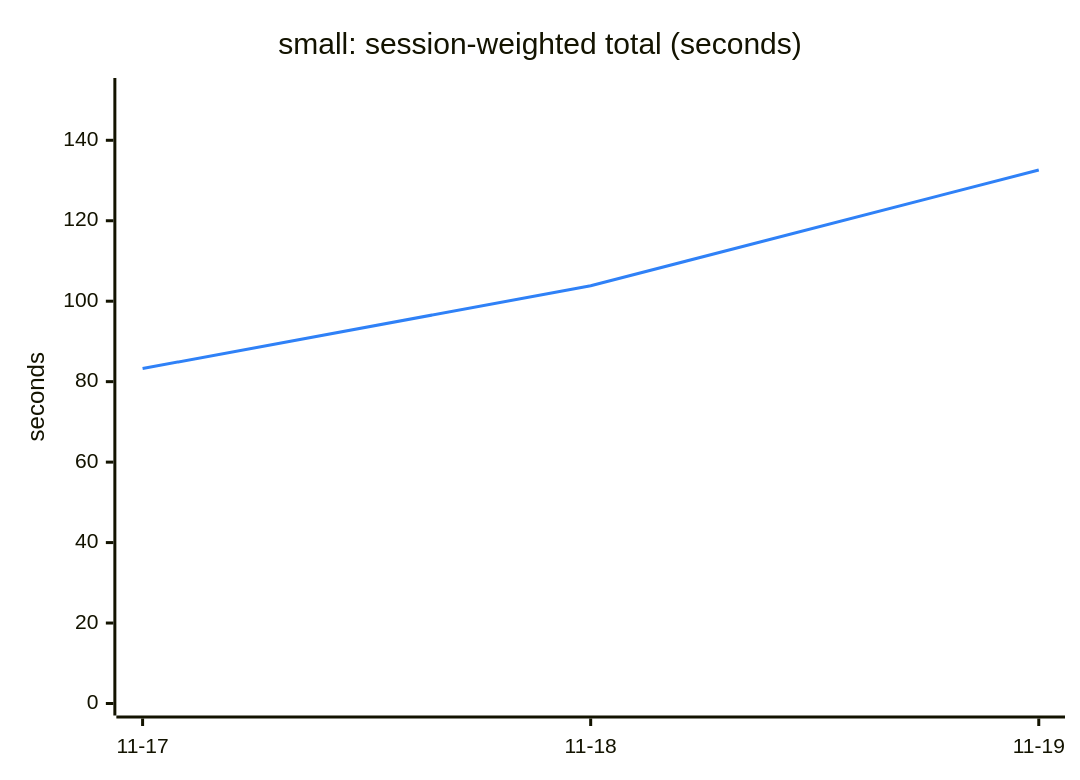
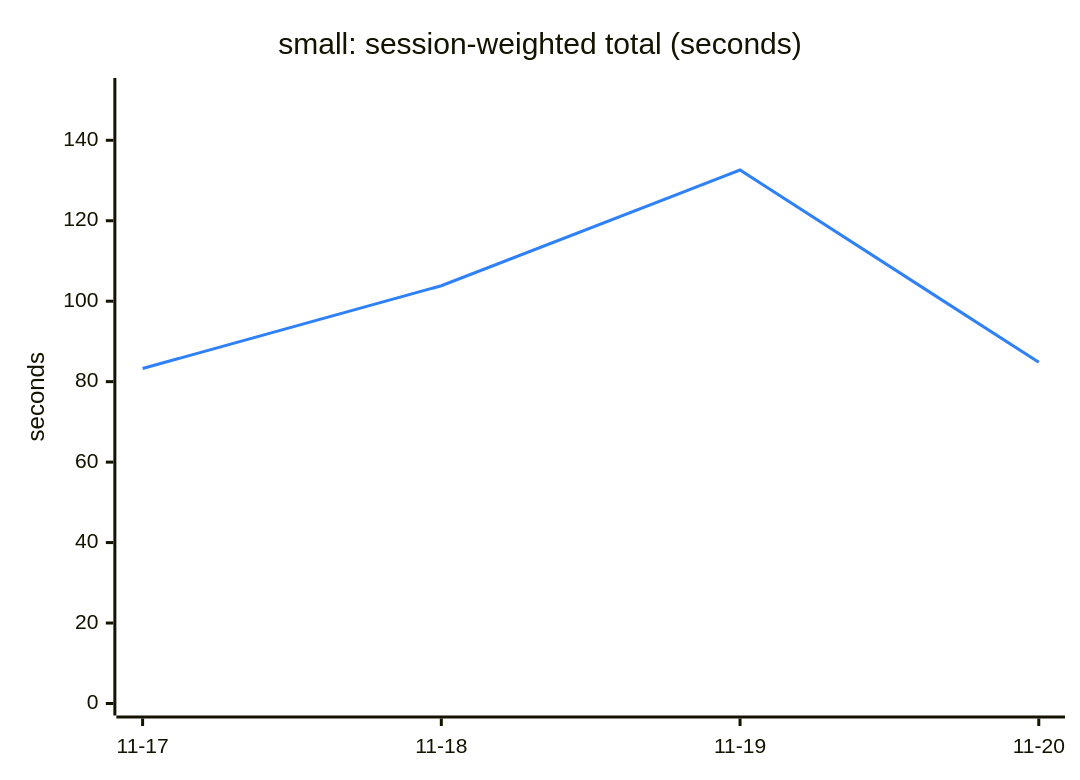
Before and after one commit to Ricovl/mxcli: the first of 6 diagrams in TREND.md, drawn with Mermaid. The commit also changed other lines of this file and 2 other files, not shown here.

````diff
--- a/TREND.md
+++ b/TREND.md
@@ -13,13 +13,13 @@
 ```mermaid
 ---
 config:
   themeVariables:
     xyChart:
       plotColorPalette: "#2f81f7"
 ---
 xychart-beta
     title "small: session-weighted total (seconds)"
-    x-axis ["11-17", "11-18", "11-19"]
+    x-axis ["11-17", "11-18", "11-19", "11-20"]
     y-axis "seconds" 0 --> 152.50
-    line [83.27, 103.84, 132.61]
+    line [83.27, 103.84, 132.61, 84.80]
 ```
````
